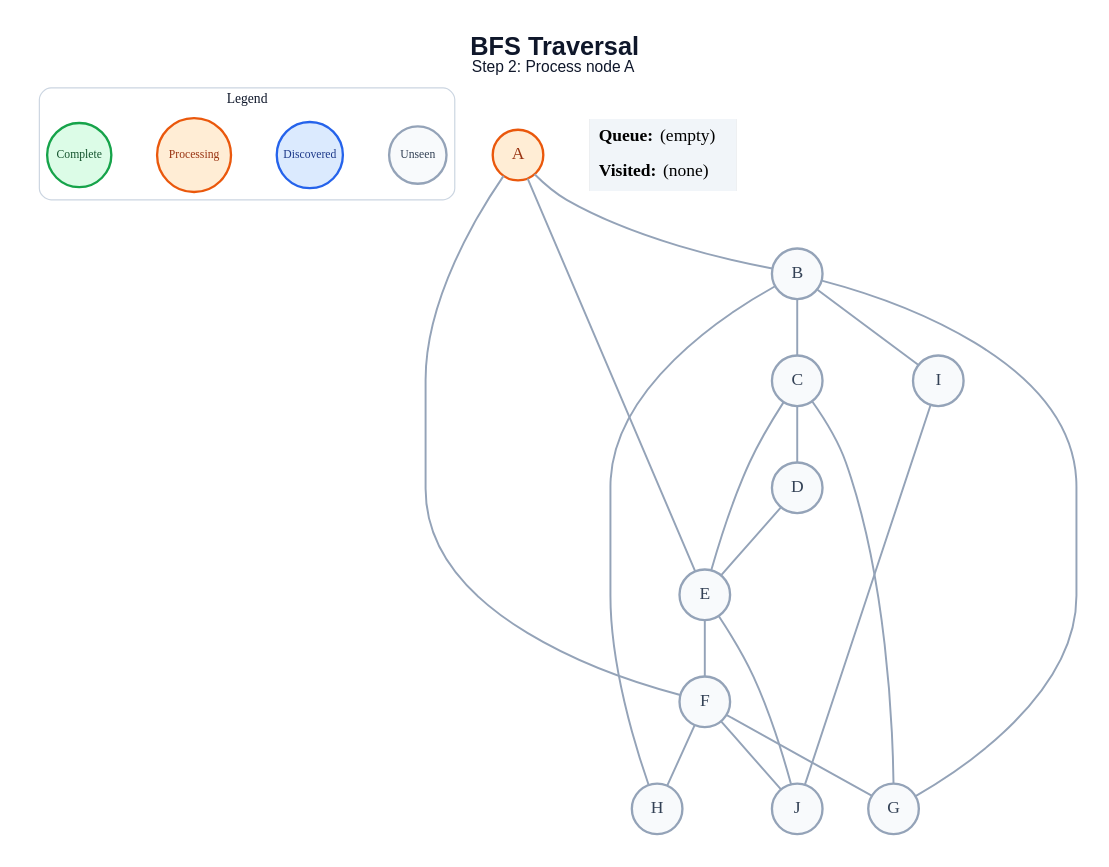
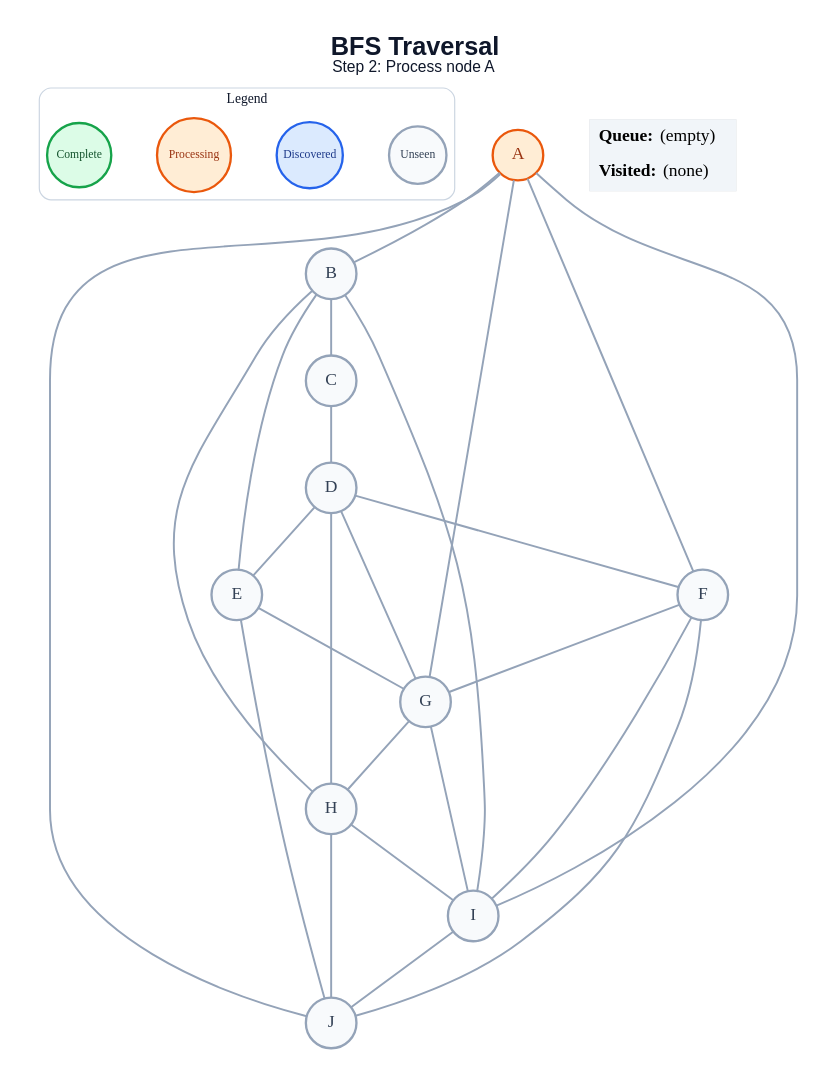
One commit to amanghodawala9/ai-slop changed the diagram in generated/bfs/step_02.dot. Above: the diagram before and after it, drawn with Graphviz. The commit also changed 178 other files, not shown here.

```diff
--- a/generated/bfs/step_02.dot
+++ b/generated/bfs/step_02.dot
@@ -1,46 +1,53 @@
 graph traversal {
   graph [layout=dot, rankdir=TB, bgcolor="#FFFFFF", pad="0.35", nodesep="0.65", ranksep="0.8", fontname="Arial"];
   node [shape=circle, style="filled", fontname="Arial Bold", fontsize=18, width=0.72, fixedsize=true, penwidth=2.4];
   edge [color="#94A3B8", penwidth=2.0];
   label=<<B>BFS Traversal</B><BR/><FONT POINT-SIZE="16">Step 2: Process node A</FONT>>; labelloc="t"; fontsize=26; fontname="Arial"; fontcolor="#0F172A";
   subgraph cluster_legend { label="Legend"; color="#CBD5E1"; penwidth=1.2; style="rounded"; fontsize=14; fontname="Arial Bold";
     key_unseen [label="Unseen", fillcolor="#F8FAFC", color="#94A3B8", fontcolor="#334155", fontsize=12, width=0.82];
     key_frontier [label="Discovered", fillcolor="#DBEAFE", color="#2563EB", fontcolor="#1E3A8A", fontsize=12, width=0.95];
     key_current [label="Processing", fillcolor="#FFEDD5", color="#EA580C", fontcolor="#9A3412", fontsize=12, width=1.05];
     key_done [label="Complete", fillcolor="#DCFCE7", color="#16A34A", fontcolor="#14532D", fontsize=12, width=0.92];
     { rank=same; key_unseen; key_frontier; key_current; key_done; }
   }
   A [fillcolor="#FFEDD5", color="#EA580C", fontcolor="#9A3412"];
   B [fillcolor="#F8FAFC", color="#94A3B8", fontcolor="#334155"];
   C [fillcolor="#F8FAFC", color="#94A3B8", fontcolor="#334155"];
   D [fillcolor="#F8FAFC", color="#94A3B8", fontcolor="#334155"];
   E [fillcolor="#F8FAFC", color="#94A3B8", fontcolor="#334155"];
   F [fillcolor="#F8FAFC", color="#94A3B8", fontcolor="#334155"];
   G [fillcolor="#F8FAFC", color="#94A3B8", fontcolor="#334155"];
   H [fillcolor="#F8FAFC", color="#94A3B8", fontcolor="#334155"];
   I [fillcolor="#F8FAFC", color="#94A3B8", fontcolor="#334155"];
   J [fillcolor="#F8FAFC", color="#94A3B8", fontcolor="#334155"];
   A -- B;
-  A -- E;
   A -- F;
+  A -- G;
+  A -- I;
+  A -- J;
   B -- C;
-  B -- G;
+  B -- E;
   B -- H;
   B -- I;
   C -- D;
-  C -- E;
-  C -- G;
   D -- E;
-  E -- F;
+  D -- F;
+  D -- G;
+  D -- H;
+  E -- G;
   E -- J;
   F -- G;
-  F -- H;
+  F -- I;
   F -- J;
+  G -- H;
+  G -- I;
+  H -- I;
+  H -- J;
   I -- J;
   status [shape=plain, fixedsize=false, width=0, height=0, margin=0, label=<
     <TABLE BORDER="0" CELLBORDER="0" CELLPADDING="7" BGCOLOR="#F1F5F9">
       <TR><TD ALIGN="LEFT"><B>Queue:</B> (empty)</TD></TR>
       <TR><TD ALIGN="LEFT"><B>Visited:</B> (none)</TD></TR>
     </TABLE>
   >];
 }
```
